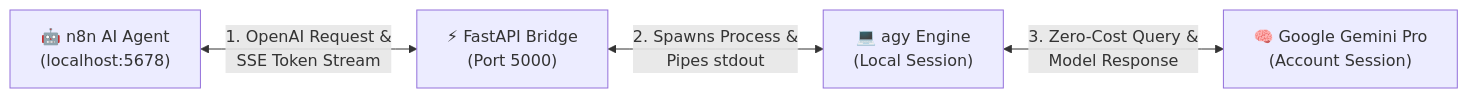
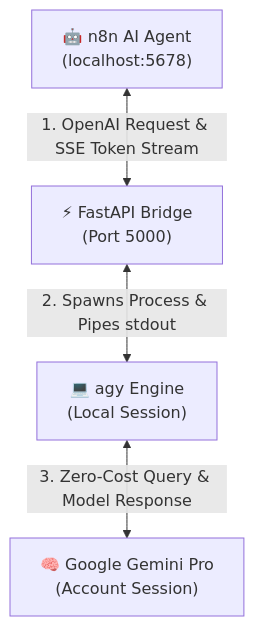
One commit to umairismail233/n8n-agy-zero-llm-api changed the diagram in README.md. Above: the diagram before and after it, drawn with Mermaid.

Commit message:
docs: switch flowchart to top-to-bottom (TD) layout so GitHub overlay buttons do not obstruct nodes

````diff
--- a/README.md
+++ b/README.md
@@ -61,6 +61,6 @@
 ```mermaid
-flowchart LR
-    A["🤖 n8n AI Agent<br/>(localhost:5678)"] <-->|"1. OpenAI Request &<br/>SSE Token Stream"| B["⚡ FastAPI Bridge<br/>(Port 5000)"]
-    B <-->|"2. Spawns Process &<br/>Pipes stdout"| C["💻 agy Engine<br/>(Local Session)"]
-    C <-->|"3. Zero-Cost Query &<br/>Model Response"| D["🧠 Google Gemini Pro<br/>(Account Session)"]
+flowchart TD
+    A["🤖 n8n AI Agent<br/>(localhost:5678)"] <-->|"1. OpenAI Request & SSE Token Stream"| B["⚡ FastAPI Bridge<br/>(Port 5000)"]
+    B <-->|"2. Spawns Process & Pipes stdout"| C["💻 agy Engine<br/>(Local Session)"]
+    C <-->|"3. Zero-Cost Query & Model Response"| D["🧠 Google Gemini Pro<br/>(Account Session)"]
 ```
````
